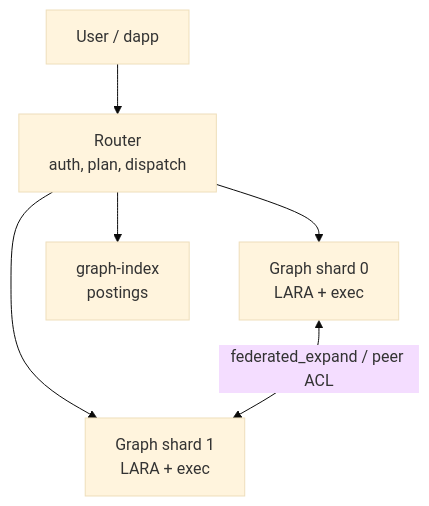
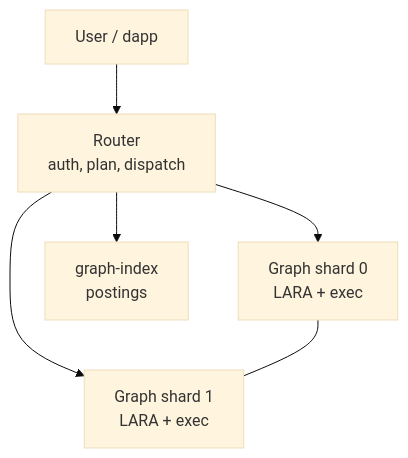
One commit to perforate-org/gleaph changed the first of 2 diagrams in design/architecture/overview.md. Above: the diagram before and after it, drawn with Mermaid (base theme). The commit also changed other lines of this file and 46 other files, not shown here.

````diff
--- a/design/architecture/overview.md
+++ b/design/architecture/overview.md
@@ -14,8 +14,8 @@
 ```mermaid
 flowchart TB
     User["User / dapp"] --> Router["Router<br/>auth, plan, dispatch"]
     Router --> G0["Graph shard 0<br/>LARA + exec"]
     Router --> G1["Graph shard 1<br/>LARA + exec"]
     Router --> Idx["graph-index<br/>postings"]
-    G0 <-->|federated_expand / peer ACL| G1
+    G0 --- G1
 ```
````
